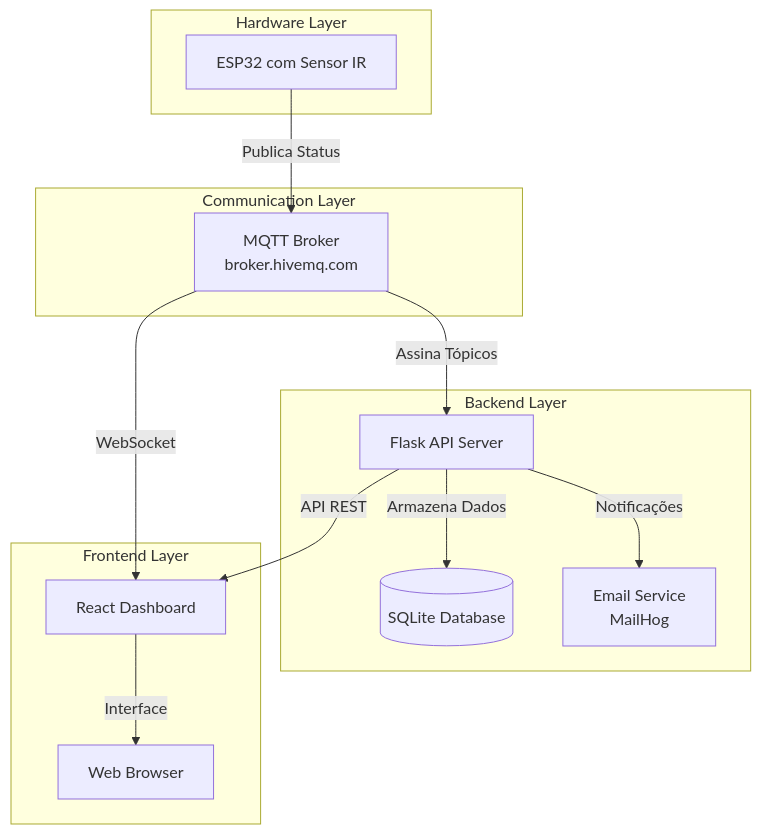
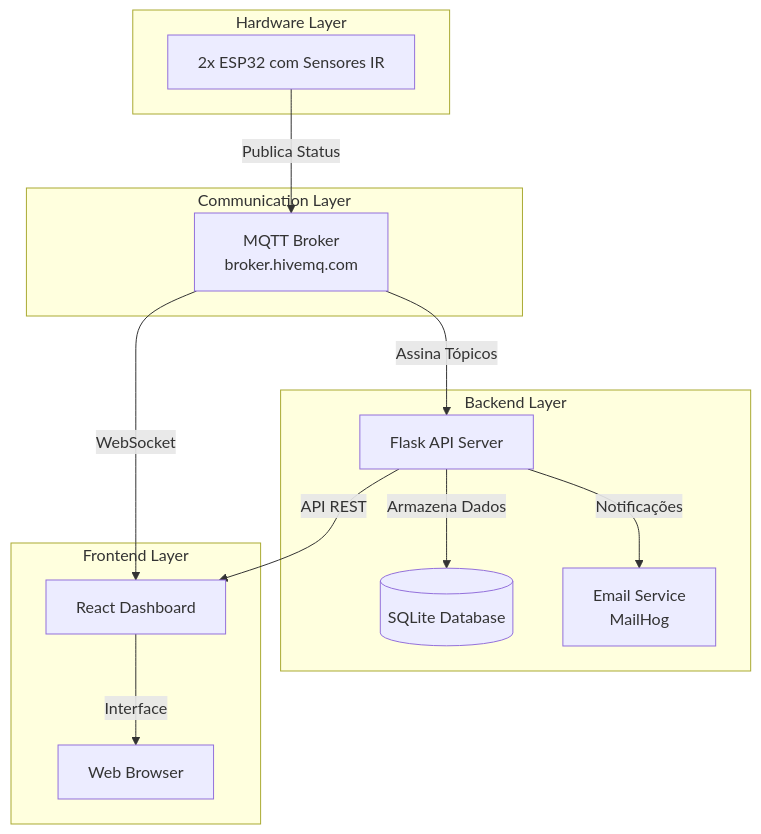
The diagram in README.md (P-E-N-T-E-S/smart-parking), drawn with Mermaid before and after one commit. The commit also changed other lines of this file, not shown here.

Commit message:
Arrumando a quantidade de ESP

````diff
--- a/README.md
+++ b/README.md
@@ -68,29 +68,29 @@
 ```mermaid
 graph TB
     subgraph "Hardware Layer"
-        ESP32[ESP32 com Sensor IR]
+        ESP32[2x ESP32 com Sensores IR]
     end
     
     subgraph "Communication Layer"
         MQTT[MQTT Broker<br/>broker.hivemq.com]
     end
     
     subgraph "Backend Layer"
         Flask[Flask API Server]
         DB[(SQLite Database)]
         Email[Email Service<br/>MailHog]
     end
     
     subgraph "Frontend Layer"
         React[React Dashboard]
         Browser[Web Browser]
     end
     
     ESP32 -->|Publica Status| MQTT
     MQTT -->|Assina Tópicos| Flask
     Flask -->|Armazena Dados| DB
     Flask -->|Notificações| Email
     Flask -->|API REST| React
     MQTT -->|WebSocket| React
     React -->|Interface| Browser
 ```
````
